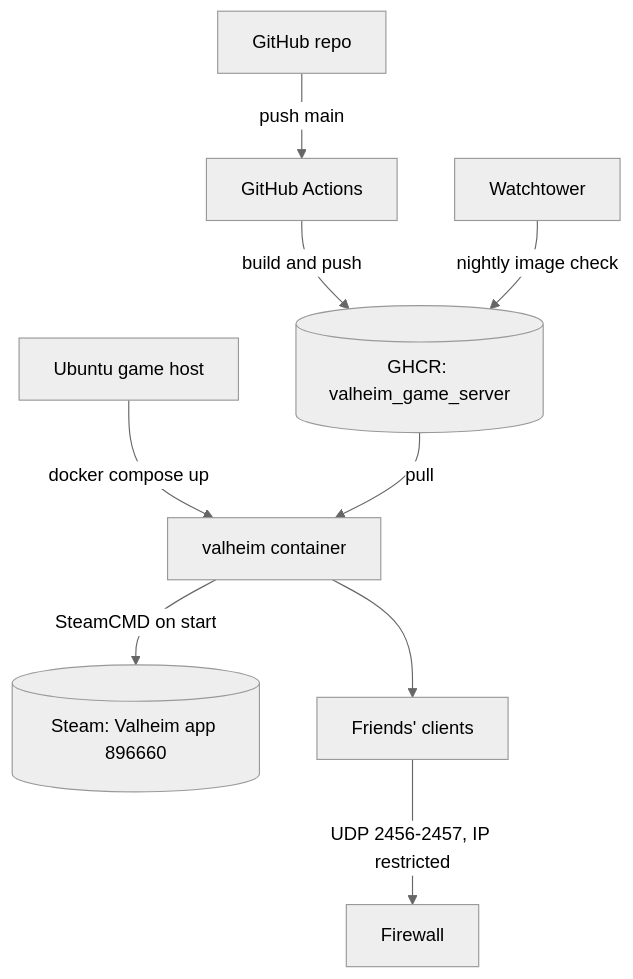
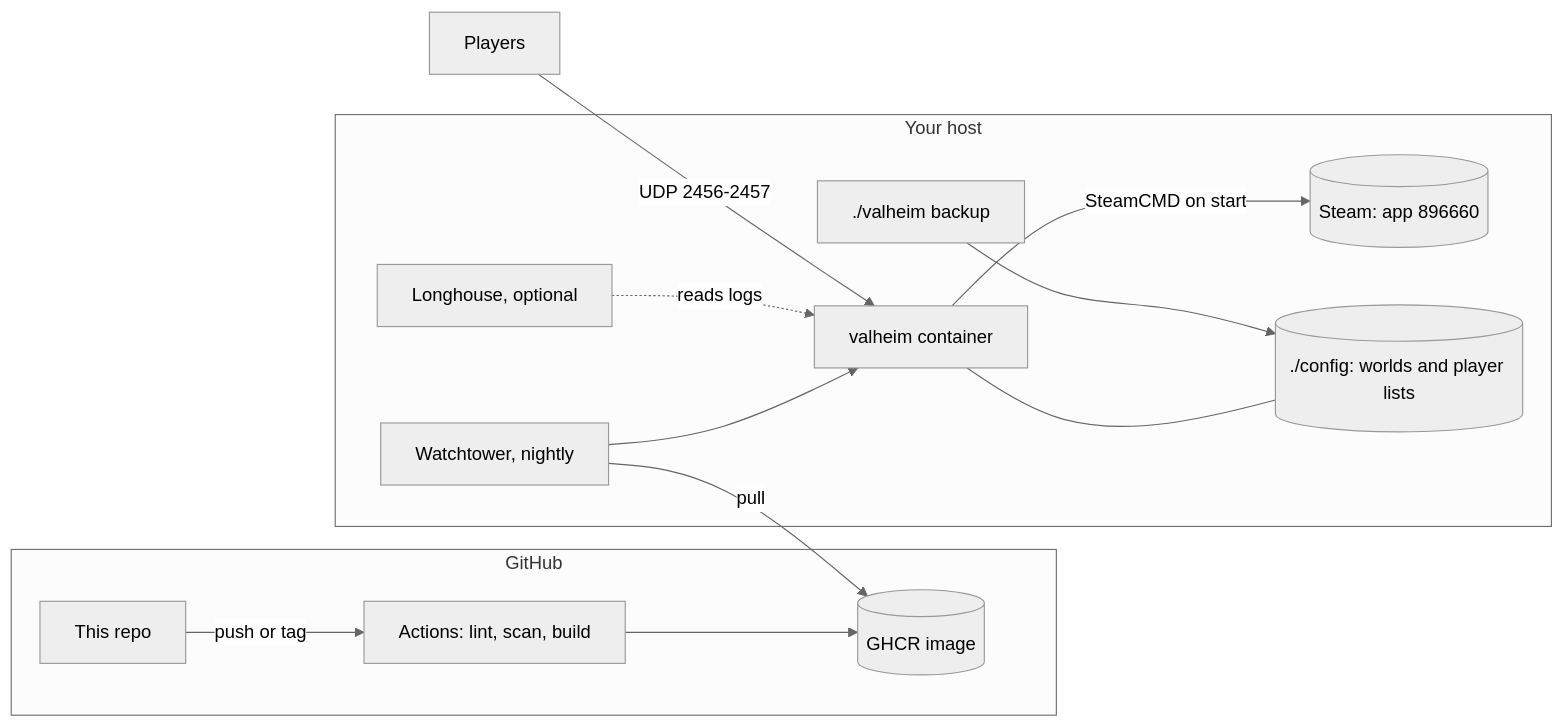
One commit to MrGuato/Valheim_Game_Server changed the diagram in README.md. Above: the diagram before and after it, drawn with Mermaid (neutral theme). The commit also changed other lines of this file and 26 other files, not shown here.

````diff
--- a/README.md
+++ b/README.md
@@ -31,11 +114,16 @@
 ```mermaid
-flowchart TD
-    A[GitHub repo] -->|push main| B[GitHub Actions]
-    B -->|build and push| C[(GHCR: valheim_game_server)]
-    D[Ubuntu game host] -->|docker compose up| E[valheim container]
-    F[Watchtower] -->|nightly image check| C
-    C -->|pull| E
-    E -->|SteamCMD on start| G[(Steam: Valheim app 896660)]
-    E --> H[Friends' clients]
-    H -->|UDP 2456-2457, IP restricted| I[Firewall]
+flowchart LR
+    subgraph GitHub
+      A[This repo] -->|push or tag| B[Actions: lint, scan, build]
+      B --> C[(GHCR image)]
+    end
+    subgraph Your host
+      W[Watchtower, nightly] -->|pull| C
+      W --> V[valheim container]
+      V -->|SteamCMD on start| S[(Steam: app 896660)]
+      V --- D[(./config: worlds and player lists)]
+      K[./valheim backup] --> D
+      L[Longhouse, optional] -.->|reads logs| V
+    end
+    P[Players] -->|UDP 2456-2457| V
 ```
````
